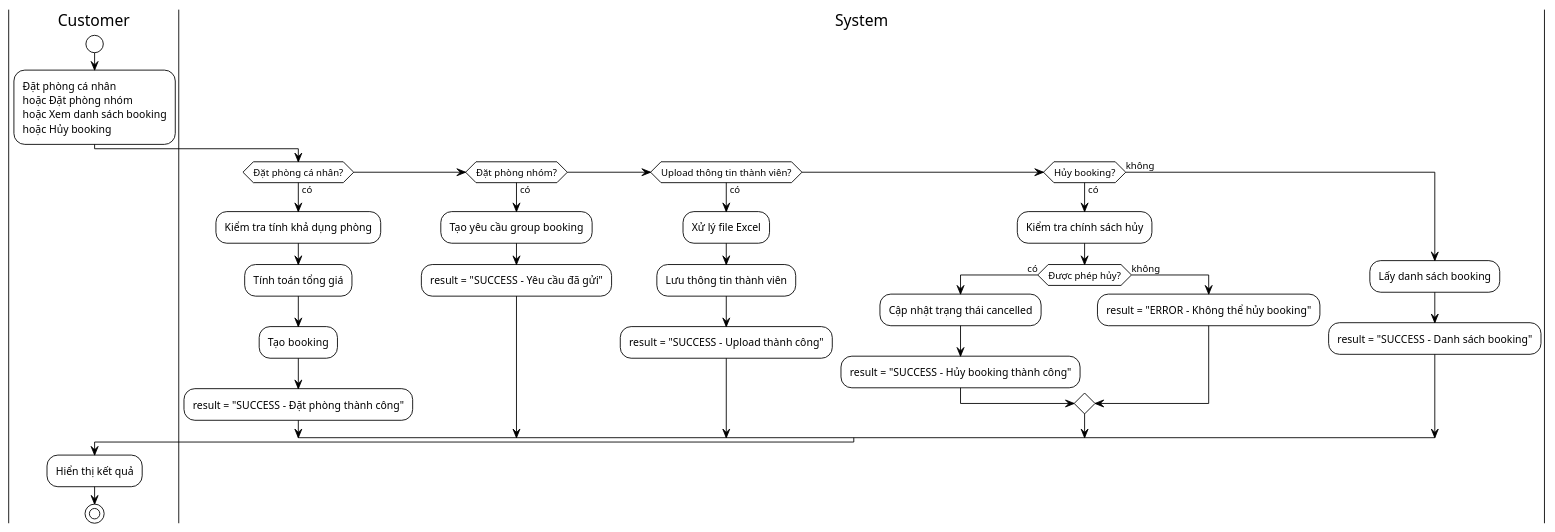
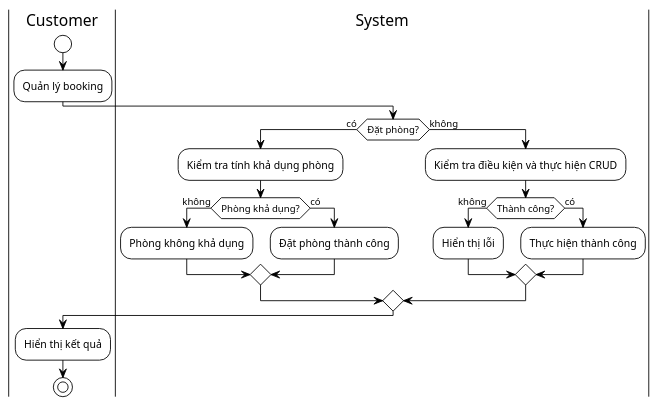
Before and after one commit to AnthanBiPhap/Khachsan: the diagram in Phân tích hệ thống/Sơ đồ hoạt động/ACTIVITY_DIAGRAM_BOOKING_CUSTOMER.puml, drawn with PlantUML. The commit also changed 65 other files, not shown here.

```diff
--- a/Phân tích hệ thống/Sơ đồ hoạt động/ACTIVITY_DIAGRAM_BOOKING_CUSTOMER.puml
+++ b/Phân tích hệ thống/Sơ đồ hoạt động/ACTIVITY_DIAGRAM_BOOKING_CUSTOMER.puml
@@ -1,38 +1,29 @@
 @startuml Activity_Booking_Customer
 !theme plain
 
 |Customer|
 start
-:Đặt phòng cá nhân\nhoặc Đặt phòng nhóm\nhoặc Xem danh sách booking\nhoặc Hủy booking;
+:Quản lý booking;
 
 |System|
-if (Đặt phòng cá nhân?) then (có)
+if (Đặt phòng?) then (có)
     :Kiểm tra tính khả dụng phòng;
-    :Tính toán tổng giá;
-    :Tạo booking;
-    :result = "SUCCESS - Đặt phòng thành công";
-elseif (Đặt phòng nhóm?) then (có)
-    :Tạo yêu cầu group booking;
-    :result = "SUCCESS - Yêu cầu đã gửi";
-elseif (Upload thông tin thành viên?) then (có)
-    :Xử lý file Excel;
-    :Lưu thông tin thành viên;
-    :result = "SUCCESS - Upload thành công";
-elseif (Hủy booking?) then (có)
-    :Kiểm tra chính sách hủy;
-    if (Được phép hủy?) then (có)
-        :Cập nhật trạng thái cancelled;
-        :result = "SUCCESS - Hủy booking thành công";
-    else (không)
-        :result = "ERROR - Không thể hủy booking";
+    if (Phòng khả dụng?) then (không)
+        :Phòng không khả dụng;
+    else (có)
+        :Đặt phòng thành công;
     endif
 else (không)
-    :Lấy danh sách booking;
-    :result = "SUCCESS - Danh sách booking";
+    :Kiểm tra điều kiện và thực hiện CRUD;
+    if (Thành công?) then (không)
+        :Hiển thị lỗi;
+    else (có)
+        :Thực hiện thành công;
+    endif
 endif
 
 |Customer|
 :Hiển thị kết quả;
 stop
 
 @enduml
```
